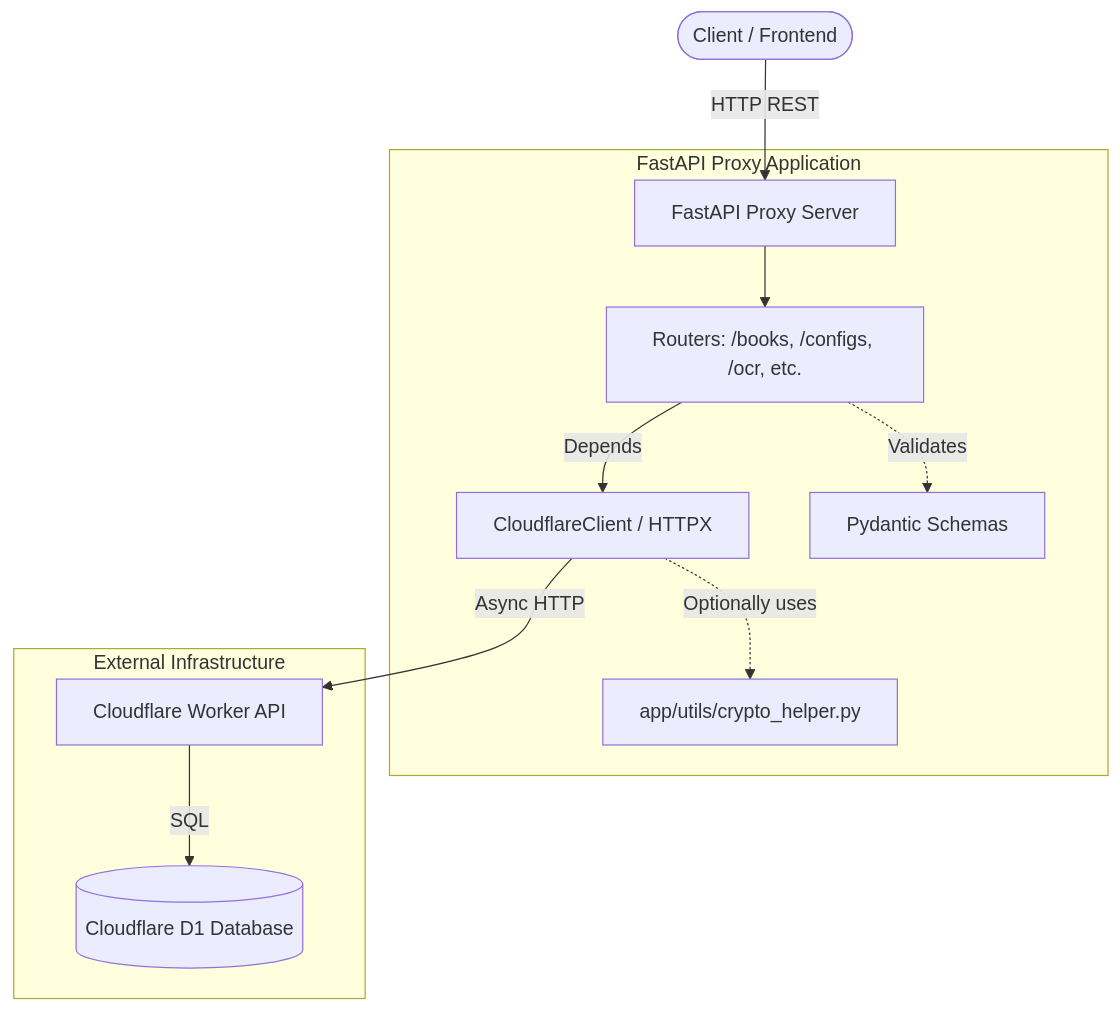
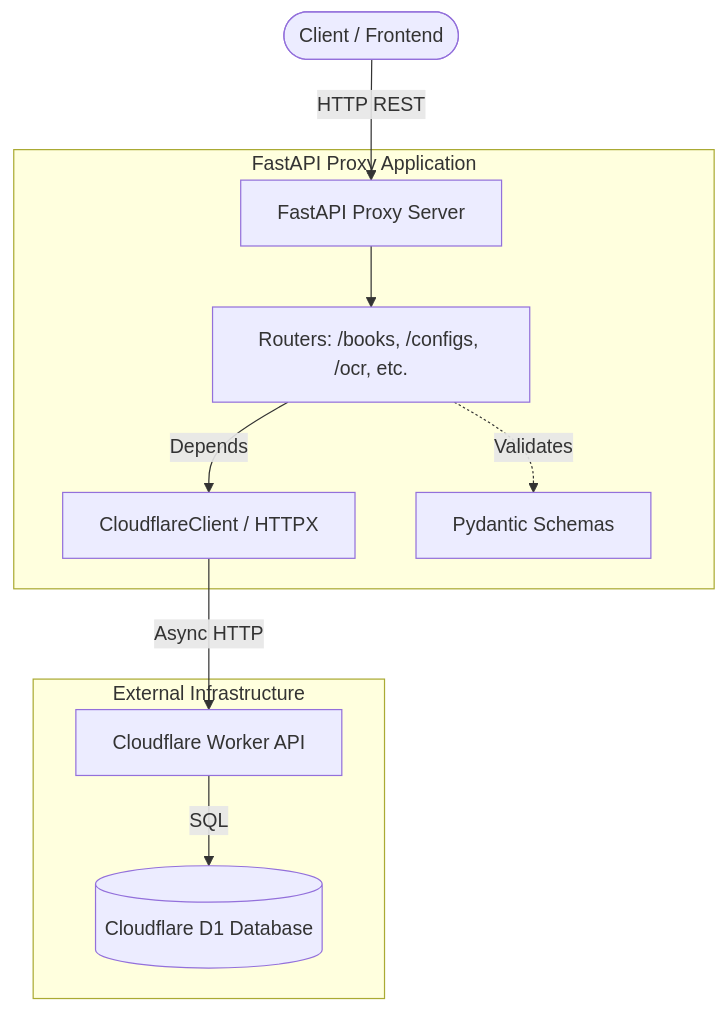
One commit to baokha04/backup_sgk changed the diagram in AGENTS.md. Above: the diagram before and after it, drawn with Mermaid. The commit also changed other lines of this file and 14 other files, not shown here.

````diff
--- a/AGENTS.md
+++ b/AGENTS.md
@@ -54,19 +54,18 @@
 ```mermaid
 graph TD
     %% Actors and Entry Points
     Client([Client / Frontend]) -->|HTTP REST| FastAPI[FastAPI Proxy Server]
     
     %% Internal Proxy Architecture
     subgraph FastAPI Proxy Application
         FastAPI --> API_Routers[Routers: /books, /configs, /ocr, etc.]
         API_Routers --> |Depends| CF_Client[CloudflareClient / HTTPX]
         API_Routers -.-> |Validates| Schemas[Pydantic Schemas]
-        CF_Client -.-> |Optionally uses| Crypto[app/utils/crypto_helper.py]
     end
     
     %% External Services
     subgraph External Infrastructure
         CF_Client -->|Async HTTP| CF_Worker[Cloudflare Worker API]
         CF_Worker -->|SQL| D1[(Cloudflare D1 Database)]
     end
 ```
````
